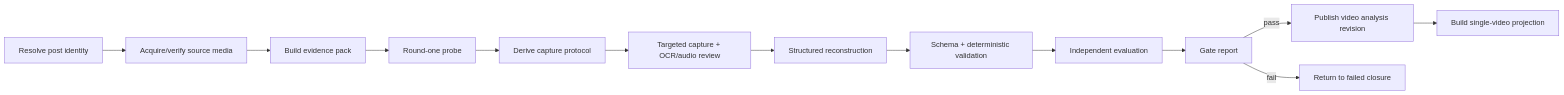
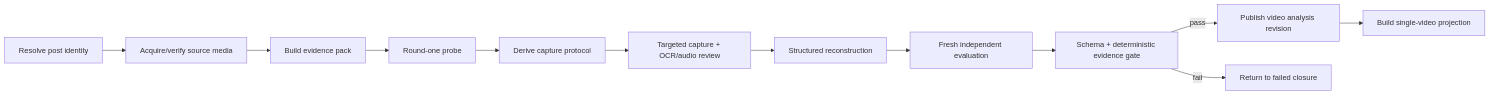
One commit to cyl19970726/self-media-content-intelligence changed the first of 3 diagrams in docs/initiatives/active/creator-analysis-os-v1/pipeline-and-gates.md. Above: the diagram before and after it, drawn with Mermaid. The commit also changed other lines of this file and 116 other files, not shown here.

````diff
--- a/docs/initiatives/active/creator-analysis-os-v1/pipeline-and-gates.md
+++ b/docs/initiatives/active/creator-analysis-os-v1/pipeline-and-gates.md
@@ -43,15 +43,14 @@
 ```mermaid
 flowchart LR
     V0[Resolve post identity] --> V1[Acquire/verify source media]
     V1 --> V2[Build evidence pack]
     V2 --> V3[Round-one probe]
     V3 --> V4[Derive capture protocol]
     V4 --> V5[Targeted capture + OCR/audio review]
     V5 --> V6[Structured reconstruction]
-    V6 --> V7[Schema + deterministic validation]
-    V7 --> V8[Independent evaluation]
-    V8 --> V9[Gate report]
-    V9 -->|pass| V10[Publish video analysis revision]
-    V9 -->|fail| VF[Return to failed closure]
+    V6 --> V7[Fresh independent evaluation]
+    V7 --> V8[Schema + deterministic evidence gate]
+    V8 -->|pass| V10[Publish video analysis revision]
+    V8 -->|fail| VF[Return to failed closure]
     V10 --> V11[Build single-video projection]
 ```
````
